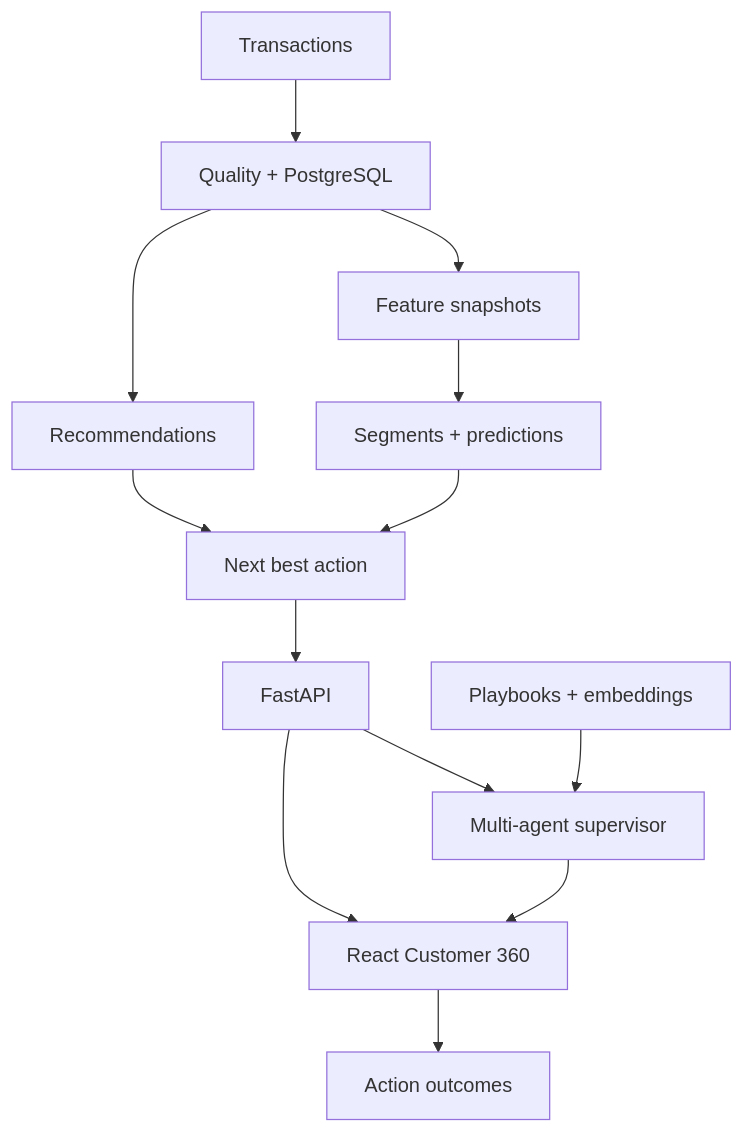
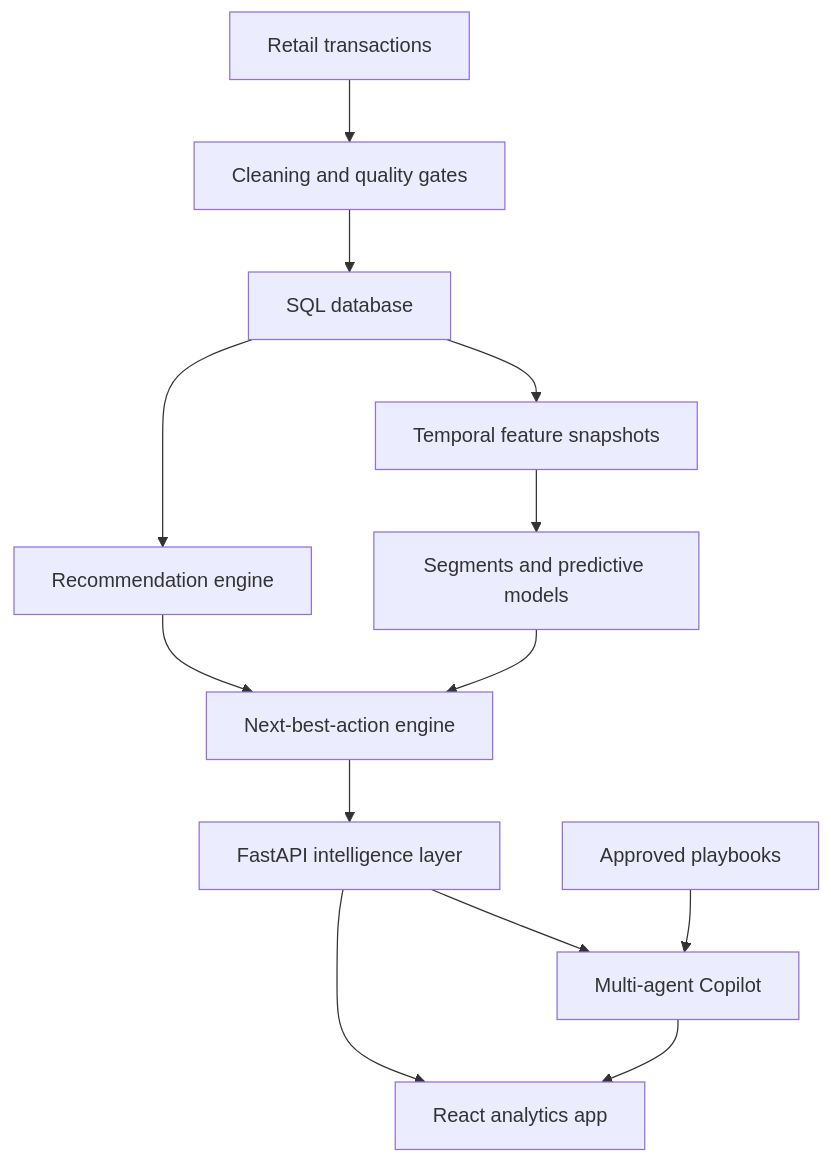
One commit to sreelekhanampally/growthpilot-ai changed the first of 2 diagrams in README.md. Above: the diagram before and after it, drawn with Mermaid. The commit also changed other lines of this file, not shown here.

````diff
--- a/README.md
+++ b/README.md
@@ -24,15 +73,15 @@
-```mermaid
+~~~mermaid
 flowchart TB
-    A[Transactions] --> B[Quality + PostgreSQL]
-    B --> C[Feature snapshots]
-    C --> D[Segments + predictions]
-    B --> E[Recommendations]
-    D --> F[Next best action]
-    E --> F
-    F --> G[FastAPI]
-    H[Playbooks + embeddings] --> I[Multi-agent supervisor]
-    G --> I
-    G --> J[React Customer 360]
-    I --> J
-    J --> K[Action outcomes]
-```
+    A["Retail transactions"] --> B["Cleaning and quality gates"]
+    B --> C["SQL database"]
+    C --> D["Temporal feature snapshots"]
+    D --> E["Segments and predictive models"]
+    C --> F["Recommendation engine"]
+    E --> G["Next-best-action engine"]
+    F --> G
+    G --> H["FastAPI intelligence layer"]
+    I["Approved playbooks"] --> J["Multi-agent Copilot"]
+    H --> J
+    H --> K["React analytics app"]
+    J --> K
+~~~
````
